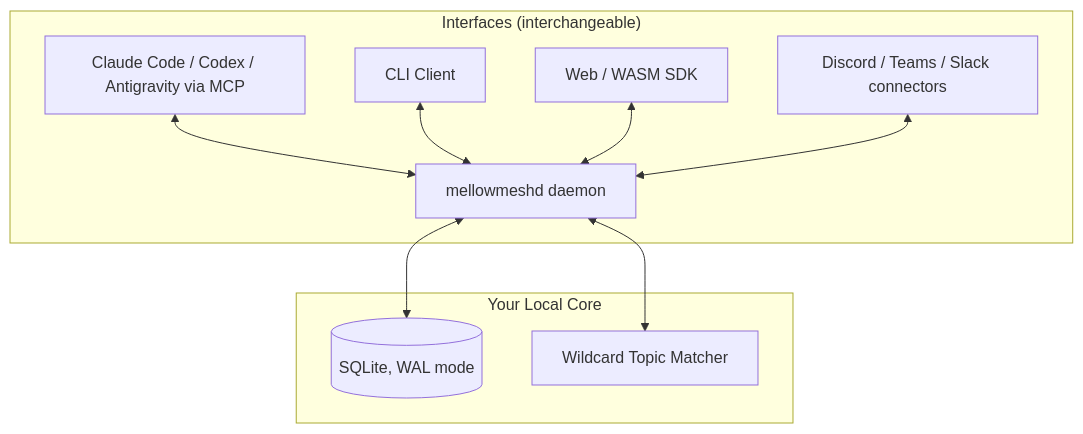
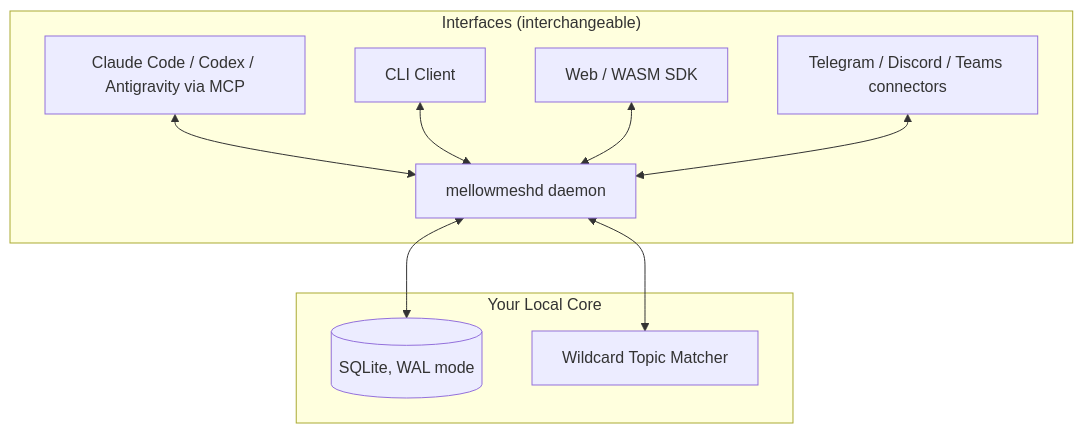
The diagram in README.md (yannickhuchard/mellowmesh), drawn with Mermaid before and after one commit. The commit also changed other lines of this file and 37 other files, not shown here.

````diff
--- a/README.md
+++ b/README.md
@@ -64,18 +64,18 @@
 ```mermaid
 graph TD
     subgraph Interfaces ["Interfaces (interchangeable)"]
         A[Claude Code / Codex / Antigravity via MCP] <--> D
         B[CLI Client] <--> D
         C[Web / WASM SDK] <--> D
-        X[Discord / Teams / Slack connectors] <--> D
+        X[Telegram / Discord / Teams connectors] <--> D
     end
 
     subgraph Core ["Your Local Core"]
         D[mellowmeshd daemon]
         E[(SQLite, WAL mode)]
         F[Wildcard Topic Matcher]
     end
 
     D <--> F
     D <--> E
 ```
````
